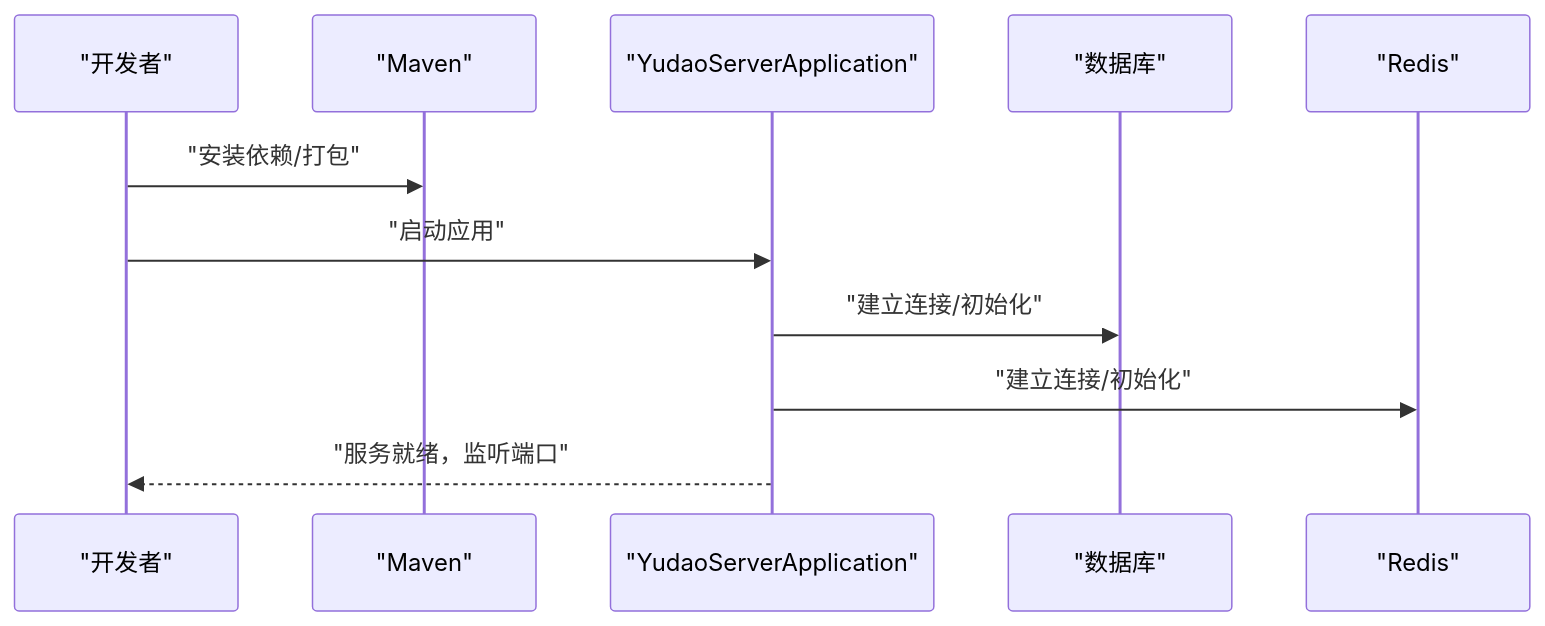
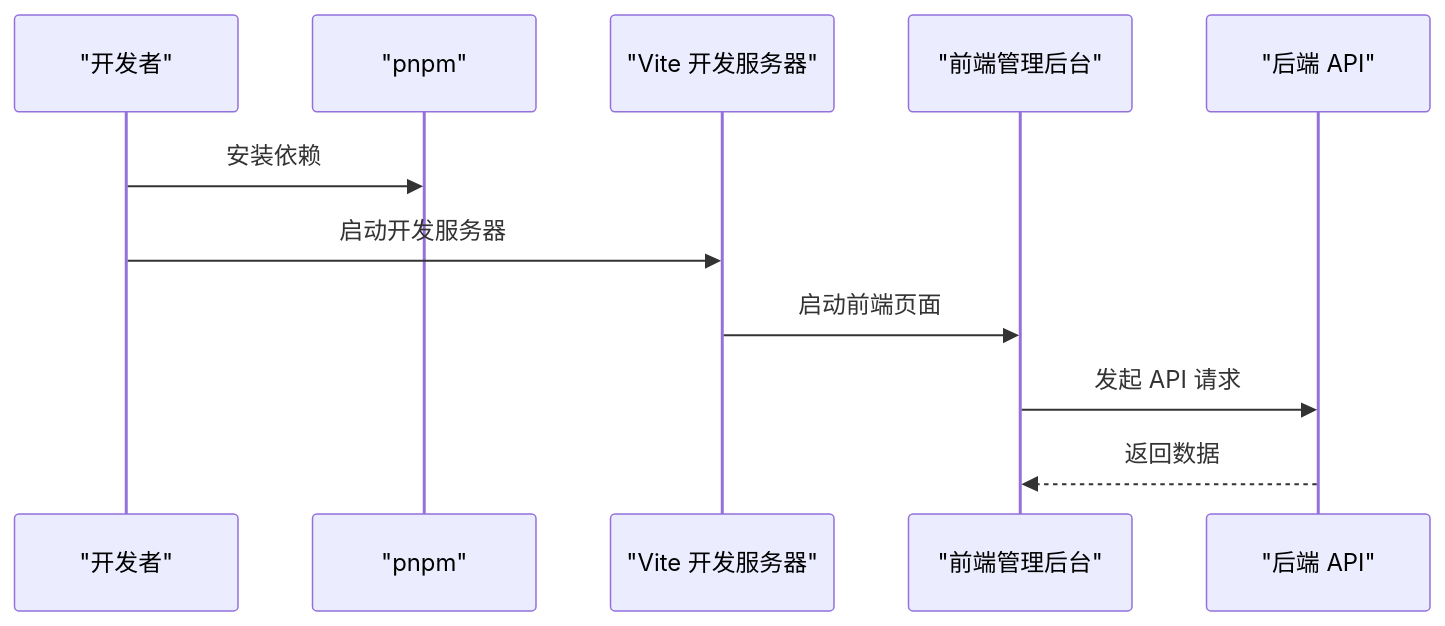
One commit to xiaoche80s-tech/rouyi-vue-pro changed the fifth of 7 diagrams in .qoder/repowiki/zh/content/快速开始.md. Above: the diagram before and after it, drawn with Mermaid. The commit also changed other lines of this file and 840 other files, not shown here.

````diff
--- a/.qoder/repowiki/zh/content/快速开始.md
+++ b/.qoder/repowiki/zh/content/快速开始.md
@@ -187,13 +203,13 @@
 ```mermaid
 sequenceDiagram
 participant Dev as "开发者"
-participant Maven as "Maven"
-participant App as "YudaoServerApplication"
-participant DB as "数据库"
-participant Cache as "Redis"
-Dev->>Maven : "安装依赖/打包"
-Dev->>App : "启动应用"
-App->>DB : "建立连接/初始化"
-App->>Cache : "建立连接/初始化"
-App-->>Dev : "服务就绪，监听端口"
+participant PNPM as "pnpm"
+participant Vite as "Vite 开发服务器"
+participant FE as "前端管理后台"
+participant BE as "后端 API"
+Dev->>PNPM : 安装依赖
+Dev->>Vite : 启动开发服务器
+Vite->>FE : 启动前端页面
+FE->>BE : 发起 API 请求
+BE-->>FE : 返回数据
 ```
````
